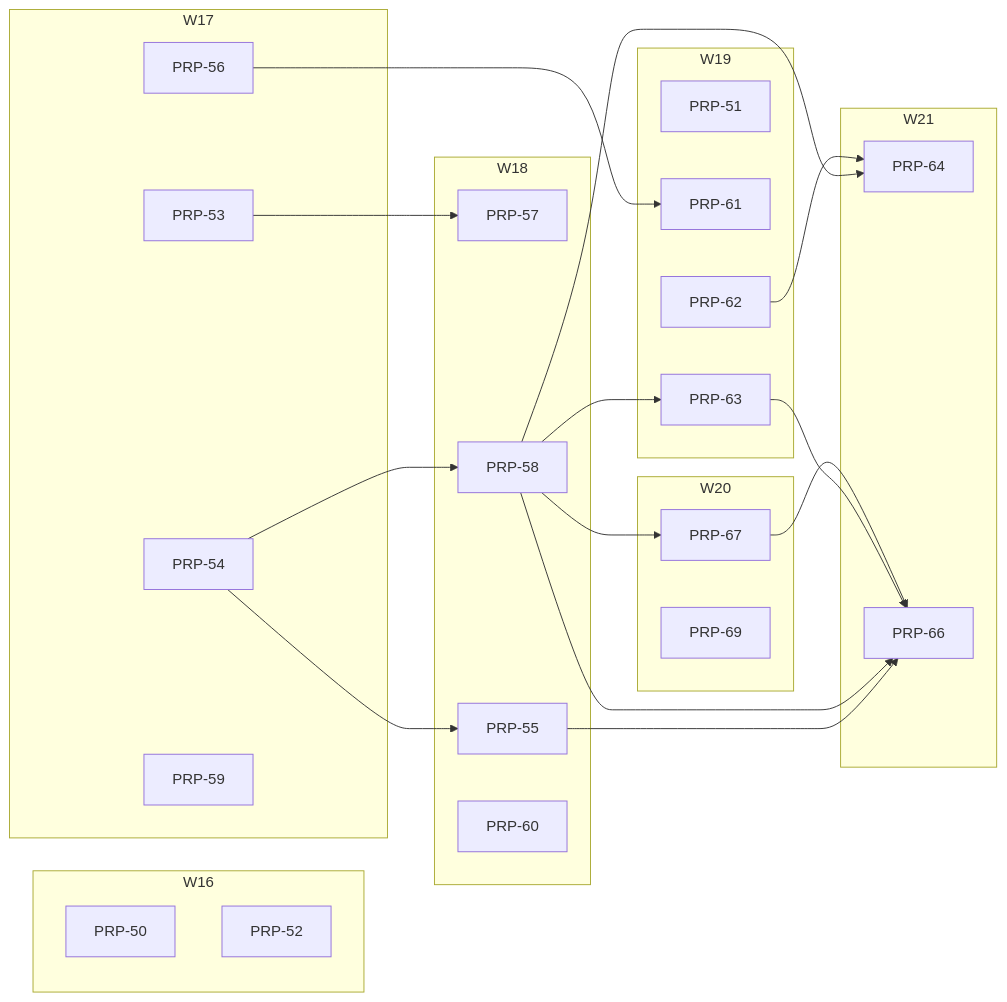
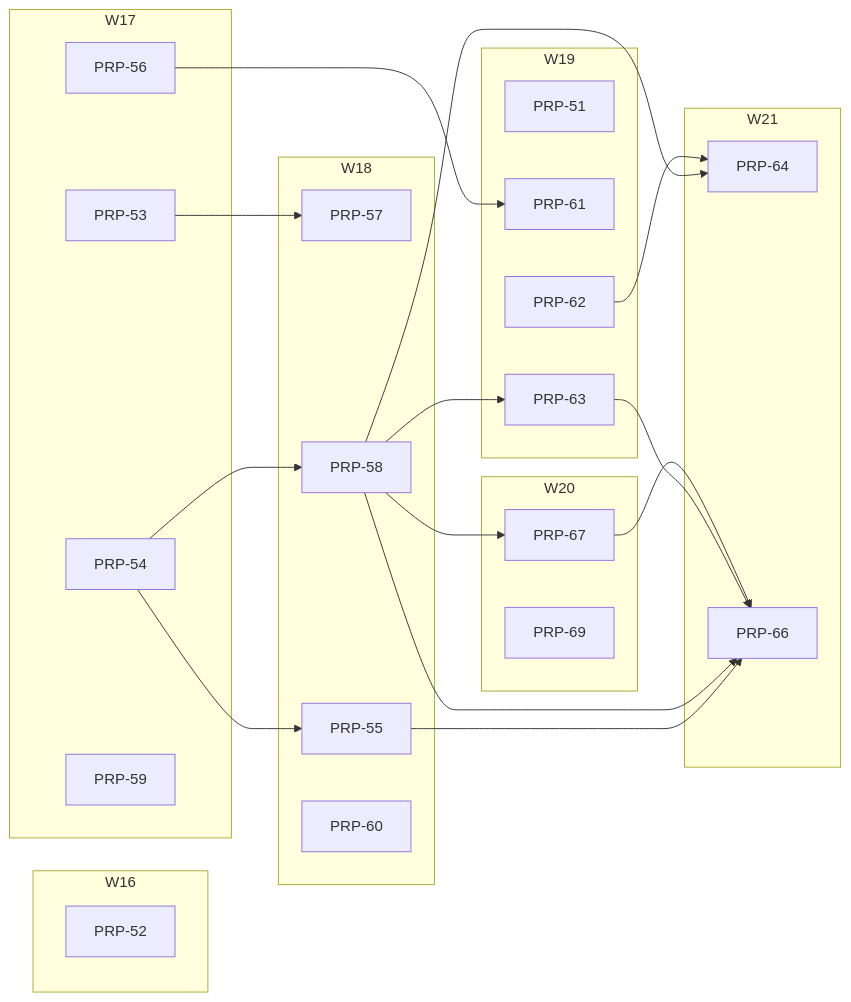
Before and after one commit to fgarofalo56/neurosphere: the diagram in PRPs/EXECUTION-PLAN.md, drawn with Mermaid. The commit also changed other lines of this file and 4 other files, not shown here.

````diff
--- a/PRPs/EXECUTION-PLAN.md
+++ b/PRPs/EXECUTION-PLAN.md
@@ -117,45 +116,44 @@
 ```mermaid
 flowchart LR
   subgraph W16
-    P50["PRP-50"]
     P52["PRP-52"]
   end
   subgraph W17
     P53["PRP-53"]
     P54["PRP-54"]
     P56["PRP-56"]
     P59["PRP-59"]
   end
   subgraph W18
     P57["PRP-57"]
     P55["PRP-55"]
     P58["PRP-58"]
     P60["PRP-60"]
   end
   subgraph W19
     P51["PRP-51"]
     P61["PRP-61"]
     P62["PRP-62"]
     P63["PRP-63"]
   end
   subgraph W20
     P67["PRP-67"]
     P69["PRP-69"]
   end
   subgraph W21
     P64["PRP-64"]
     P66["PRP-66"]
   end
   P54 --> P55
   P53 --> P57
   P54 --> P58
   P56 --> P61
   P58 --> P63
   P58 --> P64
   P62 --> P64
   P55 --> P66
   P58 --> P66
   P63 --> P66
   P67 --> P66
   P58 --> P67
 ```
````
